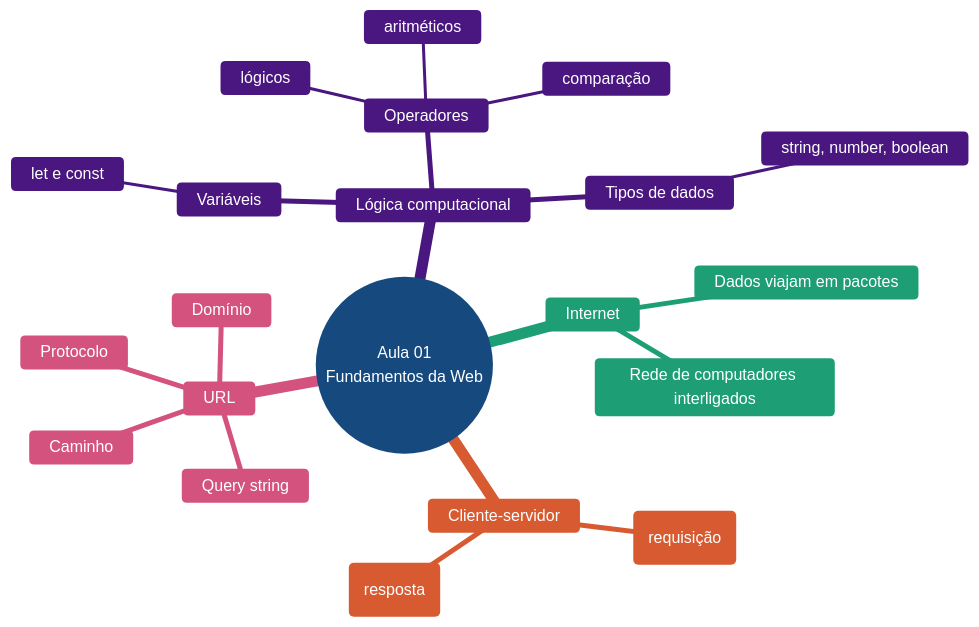
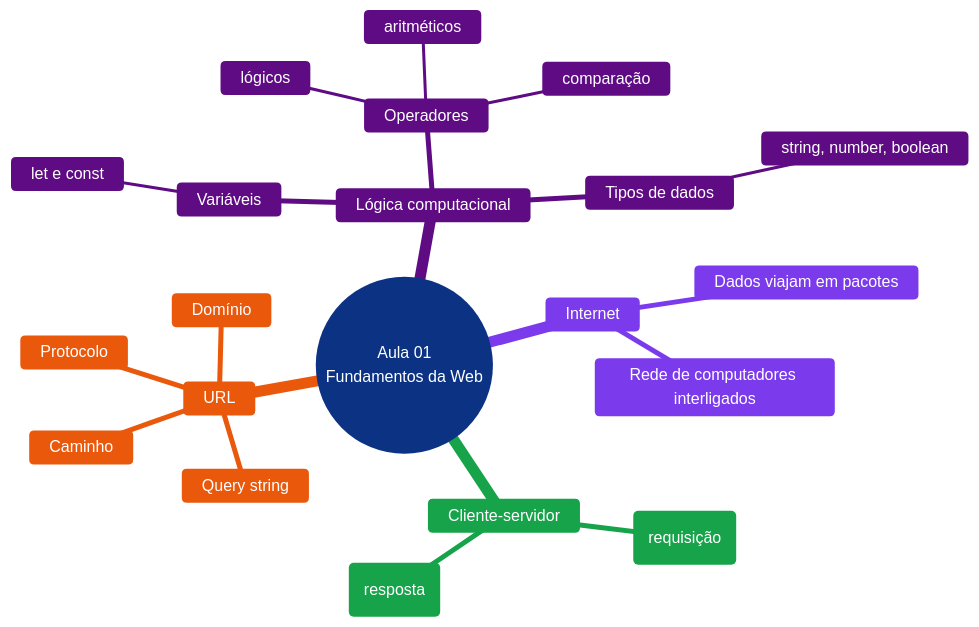
One commit to gustavocolombelli/uniguacu-web-dev changed the diagram in aula-01/diagramas/03-resumo-aula-01.mmd. Above: the diagram before and after it, drawn with Mermaid. The commit also changed 32 other files, not shown here.

```diff
--- a/aula-01/diagramas/03-resumo-aula-01.mmd
+++ b/aula-01/diagramas/03-resumo-aula-01.mmd
@@ -1,36 +1,36 @@
 %%{init: {'theme':'base', 'themeVariables': {
-  'primaryColor': '#378ADD',
+  'primaryColor': '#2563EB',
   'primaryTextColor': '#FFFFFF',
-  'primaryBorderColor': '#185FA5',
-  'secondaryColor': '#D85A30',
+  'primaryBorderColor': '#1D4ED8',
+  'secondaryColor': '#7C3AED',
   'secondaryTextColor': '#FFFFFF',
-  'tertiaryTextColor': '#2C2C2A',
-  'lineColor': '#5F5E5A',
-  'textColor': '#2C2C2A',
-  'cScale0': '#7F77DD', 'cScaleLabel0': '#FFFFFF',
-  'cScale1': '#1D9E75', 'cScaleLabel1': '#FFFFFF',
-  'cScale2': '#D85A30', 'cScaleLabel2': '#FFFFFF',
-  'cScale3': '#D4537E', 'cScaleLabel3': '#FFFFFF'
+  'tertiaryTextColor': '#6B7280',
+  'lineColor': '#6B7280',
+  'textColor': '#6B7280',
+  'cScale0': '#2563EB', 'cScaleLabel0': '#FFFFFF',
+  'cScale1': '#7C3AED', 'cScaleLabel1': '#FFFFFF',
+  'cScale2': '#16A34A', 'cScaleLabel2': '#FFFFFF',
+  'cScale3': '#EA580C', 'cScaleLabel3': '#FFFFFF'
 }}}%%
 mindmap
   root((Aula 01<br/>Fundamentos da Web))
     Internet
       Rede de computadores interligados
       Dados viajam em pacotes
     Cliente-servidor
       Navegador pede (requisição)
       Servidor responde (resposta)
     URL
       Protocolo
       Domínio
       Caminho
       Query string
     Lógica computacional
       Variáveis
         let e const
       Tipos de dados
         string, number, boolean
       Operadores
         aritméticos
         comparação
         lógicos
```
